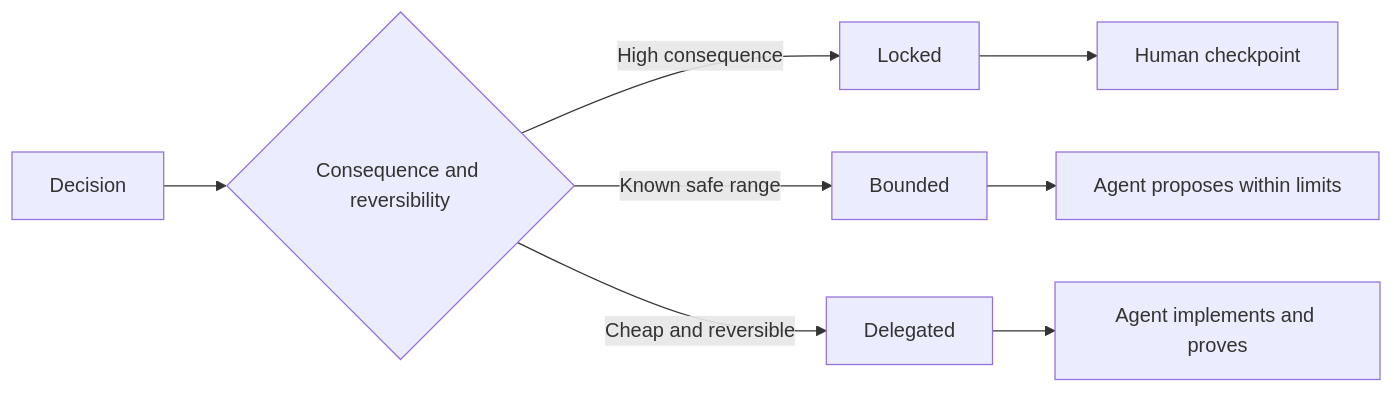
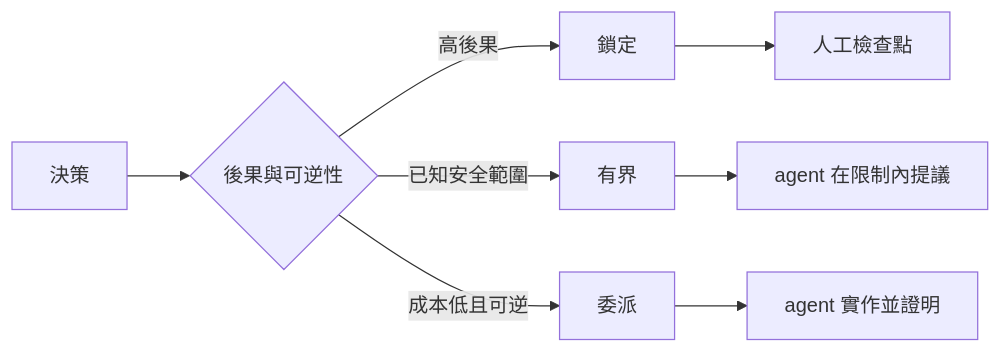
One commit to edward821220/ai-engineering-from-scratch changed the diagram in i18n/zh-TW/phases/14-agent-engineering/51-write-specifications-that-preserve-judgment/docs/zh-TW.md. Above: the diagram before and after it, drawn with Mermaid. The commit also changed other lines of this file and 43 other files, not shown here.

````diff
--- a/i18n/zh-TW/phases/14-agent-engineering/51-write-specifications-that-preserve-judgment/docs/zh-TW.md
+++ b/i18n/zh-TW/phases/14-agent-engineering/51-write-specifications-that-preserve-judgment/docs/zh-TW.md
@@ -38,10 +38,10 @@
 ```mermaid
 flowchart LR
-  D[Decision] --> C{Consequence and reversibility}
-  C -->|High consequence| L[Locked]
-  C -->|Known safe range| B[Bounded]
-  C -->|Cheap and reversible| A[Delegated]
-  L --> H[Human checkpoint]
-  B --> P[Agent proposes within limits]
-  A --> I[Agent implements and proves]
+  D[決策] --> C{後果與可逆性}
+  C -->|高後果| L[鎖定]
+  C -->|已知安全範圍| B[有界]
+  C -->|成本低且可逆| A[委派]
+  L --> H[人工檢查點]
+  B --> P[agent 在限制內提議]
+  A --> I[agent 實作並證明]
 ```
````
